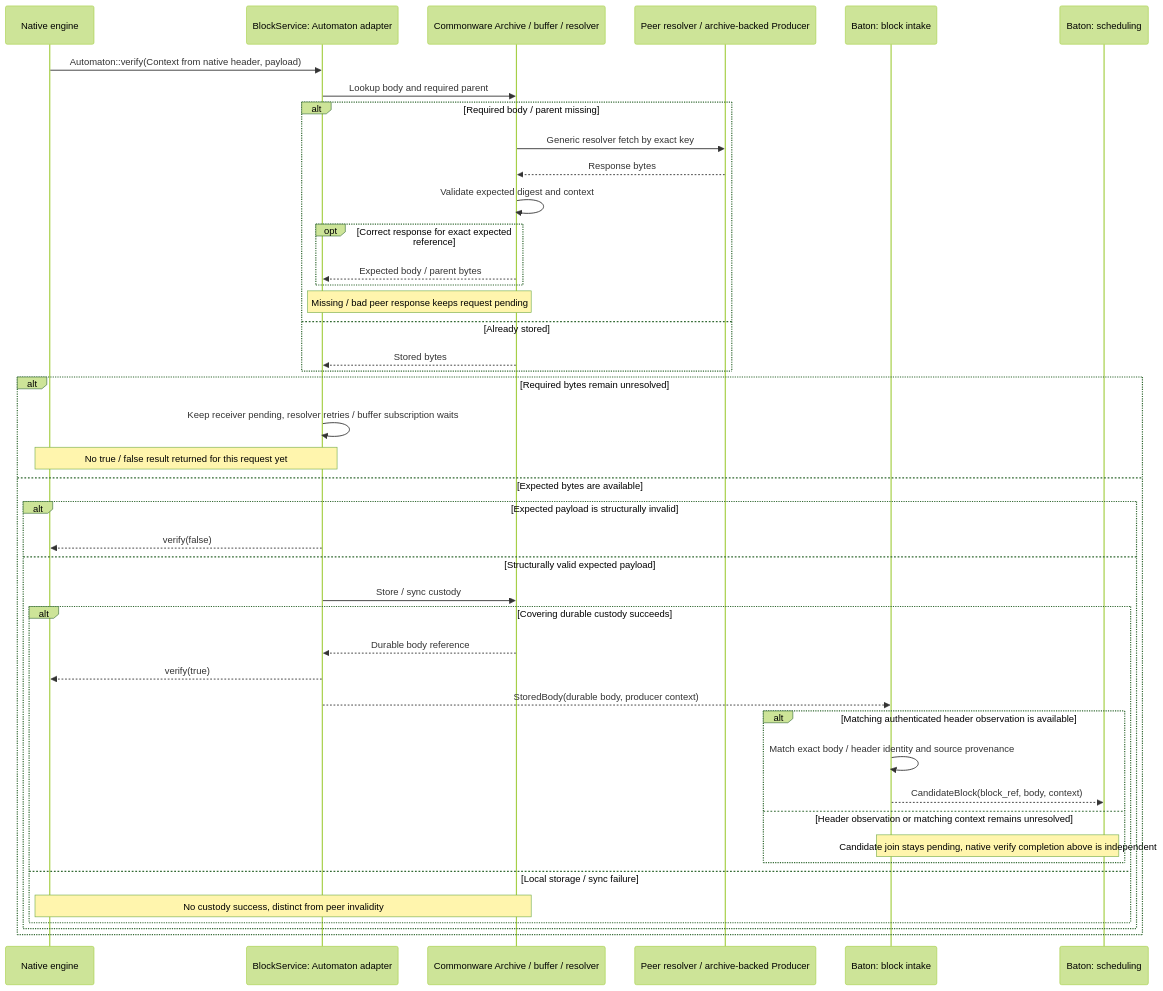
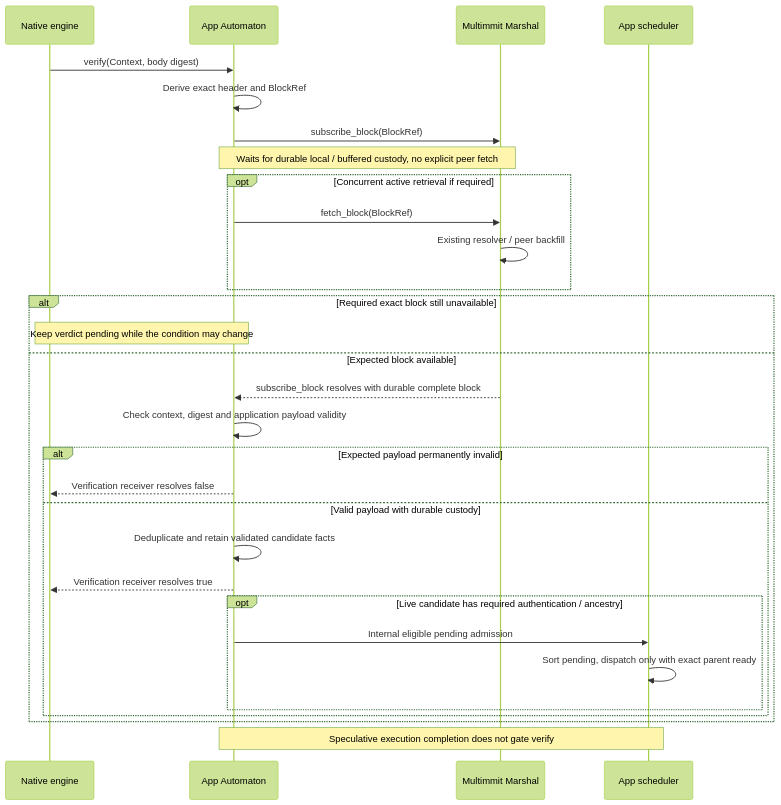
One commit to djm07073/baton-research changed the second of 2 diagrams in docs/e2e/block-body.md. Above: the diagram before and after it, drawn with Mermaid (forest theme). The commit also changed other lines of this file and 292 other files, not shown here.

Commit message:
docs: redesign Baton around App-owned scheduling

````diff
--- a/docs/e2e/block-body.md
+++ b/docs/e2e/block-body.md
@@ -41,45 +43,32 @@
 ```mermaid
 sequenceDiagram
     participant N as Native engine
-    participant A as BlockService: Automaton adapter
-    participant S as Commonware Archive / buffer / resolver
-    participant P as Peer resolver / archive-backed Producer
-    participant I as Baton: block intake
-    participant B as Baton: scheduling
-    N->>A: Automaton::verify(Context from native header, payload)
-    A->>S: Lookup body and required parent
-    alt Required body / parent missing
-        S->>P: Generic resolver fetch by exact key
-        P-->>S: Response bytes
-        S->>S: Validate expected digest and context
-        opt Correct response for exact expected reference
-            S-->>A: Expected body / parent bytes
-        end
-        Note over A,S: Missing / bad peer response keeps request pending
-    else Already stored
-        S-->>A: Stored bytes
+    participant A as App Automaton
+    participant M as Multimmit Marshal
+    participant Q as App scheduler
+    N->>A: verify(Context, body digest)
+    A->>A: Derive exact header and BlockRef
+    A->>M: subscribe_block(BlockRef)
+    Note over A,M: Waits for durable local / buffered custody, no explicit peer fetch
+    opt Concurrent active retrieval if required
+        A->>M: fetch_block(BlockRef)
+        M->>M: Existing resolver / peer backfill
     end
-    alt Required bytes remain unresolved
-        A->>A: Keep receiver pending, resolver retries / buffer subscription waits
-        Note over N,A: No true / false result returned for this request yet
-    else Expected bytes are available
-        alt Expected payload is structurally invalid
-            A-->>N: verify(false)
-        else Structurally valid expected payload
-            A->>S: Store / sync custody
-            alt Covering durable custody succeeds
-                S-->>A: Durable body reference
-                A-->>N: verify(true)
-                A-->>I: StoredBody(durable body, producer context)
-                alt Matching authenticated header observation is available
-                    I->>I: Match exact body / header identity and source provenance
-                    I-->>B: CandidateBlock(block_ref, body, context)
-                else Header observation or matching context remains unresolved
-                    Note over I,B: Candidate join stays pending, native verify completion above is independent
-                end
-            else Local storage / sync failure
-                Note over N,S: No custody success, distinct from peer invalidity
+    alt Required exact block still unavailable
+        Note over N,A: Keep verdict pending while the condition may change
+    else Expected block available
+        M-->>A: subscribe_block resolves with durable complete block
+        A->>A: Check context, digest and application payload validity
+        alt Expected payload permanently invalid
+            A-->>N: Verification receiver resolves false
+        else Valid payload with durable custody
+            A->>A: Deduplicate and retain validated candidate facts
+            A-->>N: Verification receiver resolves true
+            opt Live candidate has required authentication / ancestry
+                A->>Q: Internal eligible pending admission
+                Q->>Q: Sort pending, dispatch only with exact parent ready
             end
         end
     end
+    Note over A,Q: Speculative execution completion does not gate verify
 ```
````
